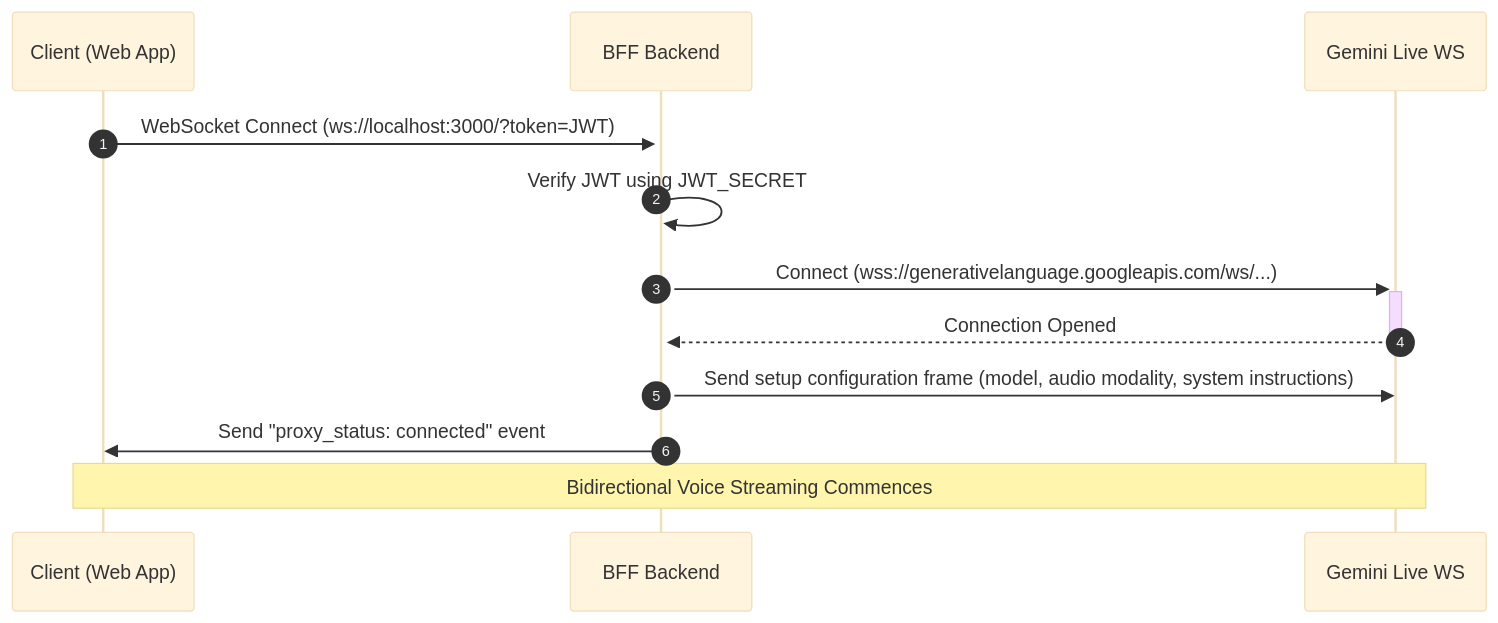
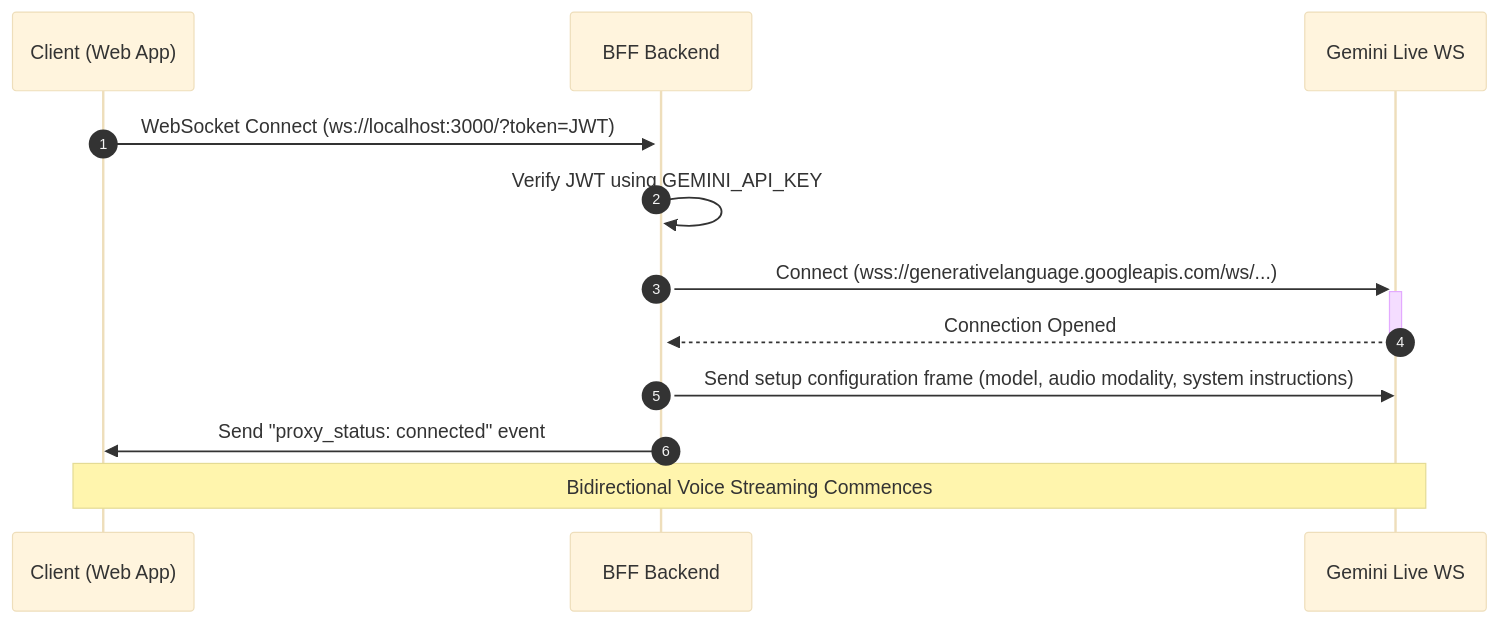
Before and after one commit to Stepheng753/AIU: the third of 4 diagrams in docs/system/architecture.md, drawn with Mermaid (base theme). The commit also changed other lines of this file and 15 other files, not shown here.

````diff
--- a/docs/system/architecture.md
+++ b/docs/system/architecture.md
@@ -49,11 +49,12 @@
 ```mermaid
 sequenceDiagram
     autonumber
     Client (Web App)->>+BFF Backend: WebSocket Connect (ws://localhost:3000/?token=JWT)
-    BFF Backend->>BFF Backend: Verify JWT using JWT_SECRET
+    BFF Backend->>BFF Backend: Verify JWT using GEMINI_API_KEY
     BFF Backend->>+Gemini Live WS: Connect (wss://generativelanguage.googleapis.com/ws/...)
+
     Gemini Live WS-->>-BFF Backend: Connection Opened
     BFF Backend->>Gemini Live WS: Send setup configuration frame (model, audio modality, system instructions)
     BFF Backend->>Client (Web App): Send "proxy_status: connected" event
     Note over Client (Web App), Gemini Live WS: Bidirectional Voice Streaming Commences
 ```
````
